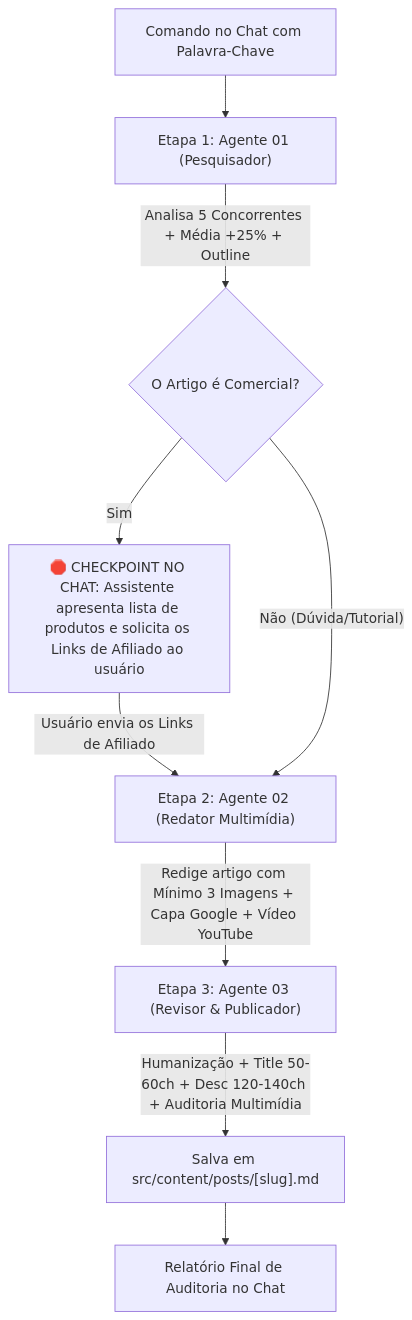
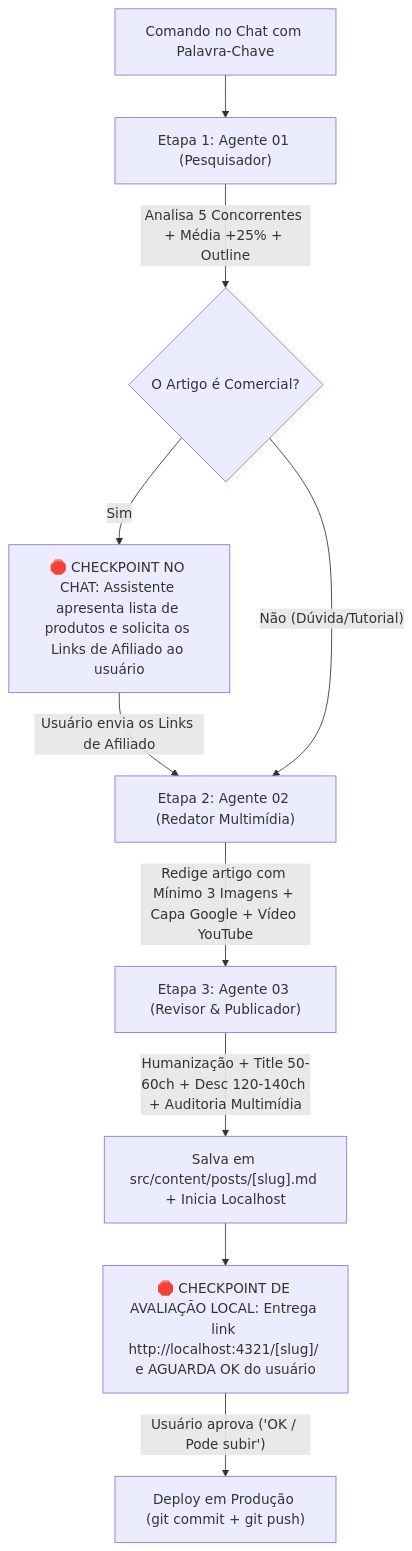
One commit to edgar-avila02/melhoresfones changed the diagram in agents-novos-artigos/00-orquestrador.md. Above: the diagram before and after it, drawn with Mermaid. The commit also changed other lines of this file and 9 other files, not shown here.

````diff
--- a/agents-novos-artigos/00-orquestrador.md
+++ b/agents-novos-artigos/00-orquestrador.md
@@ -33,14 +33,15 @@
 ```mermaid
 graph TD
     A["Comando no Chat com Palavra-Chave"] --> B["Etapa 1: Agente 01 (Pesquisador)"]
     B -->|"Analisa 5 Concorrentes + Média +25% + Outline"| C{"O Artigo é Comercial?"}
     
     C -- Sim --> D["🛑 CHECKPOINT NO CHAT: Assistente apresenta lista de produtos e solicita os Links de Afiliado ao usuário"]
     D -->|"Usuário envia os Links de Afiliado"| E["Etapa 2: Agente 02 (Redator Multimídia)"]
     
     C -- Não (Dúvida/Tutorial) --> E
     
     E -->|"Redige artigo com Mínimo 3 Imagens + Capa Google + Vídeo YouTube"| F["Etapa 3: Agente 03 (Revisor &amp; Publicador)"]
-    F -->|"Humanização + Title 50-60ch + Desc 120-140ch + Auditoria Multimídia"| G["Salva em src/content/posts/[slug].md"]
-    G --> H["Relatório Final de Auditoria no Chat"]
+    F -->|"Humanização + Title 50-60ch + Desc 120-140ch + Auditoria Multimídia"| G["Salva em src/content/posts/[slug].md + Inicia Localhost"]
+    G --> H["🛑 CHECKPOINT DE AVALIAÇÃO LOCAL: Entrega link http://localhost:4321/[slug]/ e AGUARDA OK do usuário"]
+    H -->|"Usuário aprova ('OK / Pode subir')"| I["Deploy em Produção (git commit + git push)"]
 ```
````
